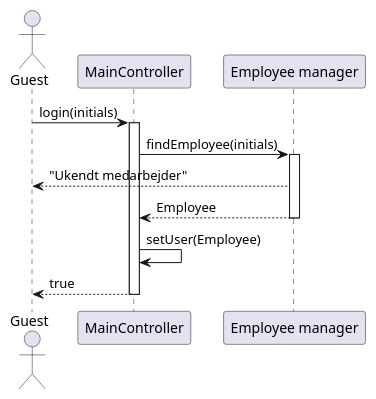
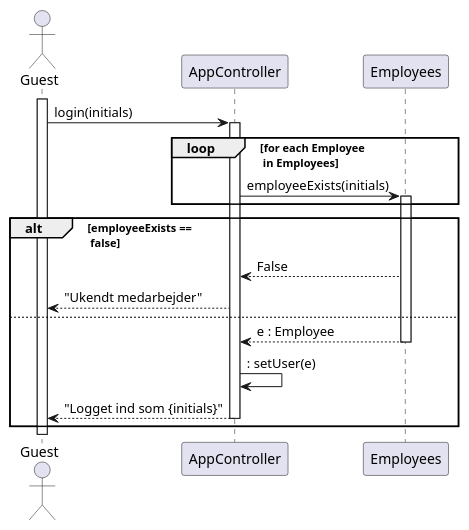
Before and after one commit to rwiuff/02161ExamProject: the diagram in RequirementsAndDesign/SequenceDiagrams/seq_login.puml, drawn with PlantUML. The commit also changed 38 other files, not shown here.

Commit message:
Cleanup in graphics

```diff
--- a/RequirementsAndDesign/SequenceDiagrams/seq_login.puml
+++ b/RequirementsAndDesign/SequenceDiagrams/seq_login.puml
@@ -1,20 +1,24 @@
-@startuml
+@startuml Login
+' skinparam ParticipantPadding 50
 actor "Guest" as guest
-participant "MainController" as app
-participant "Employee manager" as em
+participant "AppController" as app
+participant "Employees" as em
 
+activate guest
 guest -> app : login(initials)
 activate app
-
-
-app -> em : findEmployee(initials)
+loop for each Employee \n in Employees
+app -> em: employeeExists(initials)
 activate em
-em --> guest : "Ukendt medarbejder"
-return Employee 
-
-app -> app : setUser(Employee)
-
-
-return true
-
+end
+alt employeeExists == \n false
+em --> app : False
+app --> guest : "Ukendt medarbejder"
+else
+em --> app : e : Employee
+deactivate em
+app -> app : : setUser(e)
+app --> guest : "Logget ind som {initials}"
+deactivate app
+end
 @enduml
```
